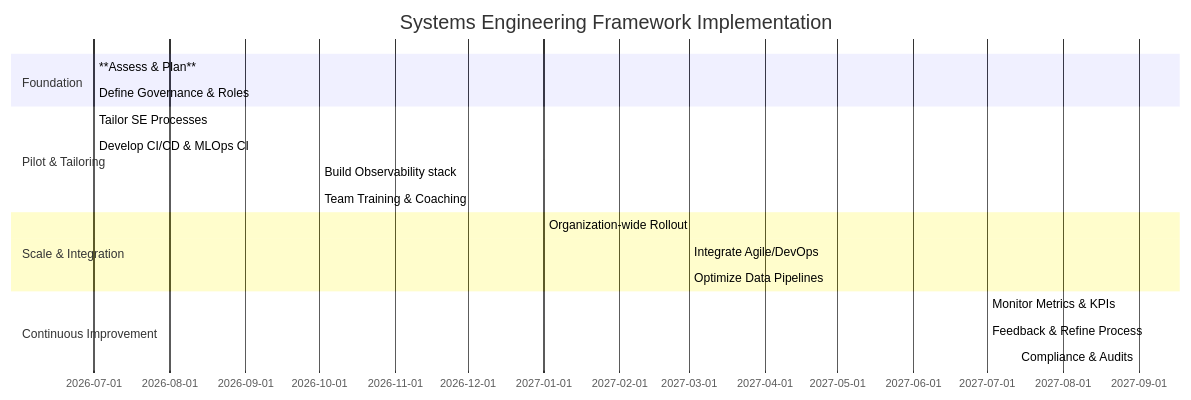
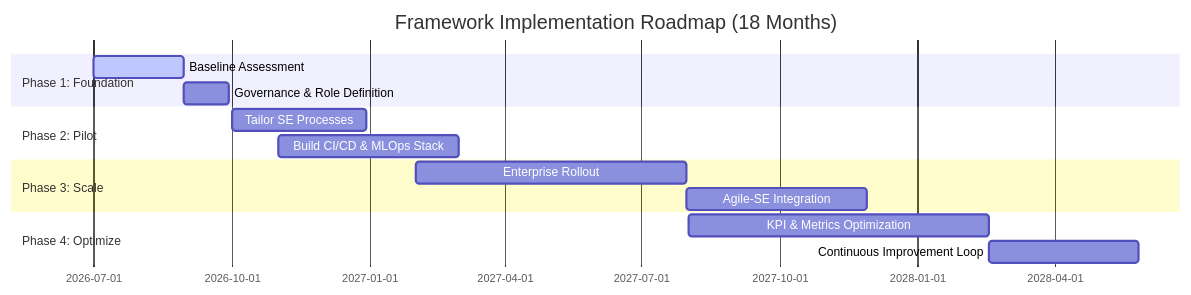
Before and after one commit to Loofy147/meta-framework: the diagram in Executive Summary.md, drawn with Mermaid. The commit also changed other lines of this file and 5 other files, not shown here.

First line of the commit message:
Finalize Strategic Systems Engineering Meta-Framework

````diff
--- a/Executive Summary.md
+++ b/Executive Summary.md
@@ -32,21 +35,17 @@
 ```mermaid
 gantt
-    title Systems Engineering Framework Implementation
+    title Framework Implementation Roadmap (18 Months)
     dateFormat  YYYY-MM-DD
-    section Foundation
-      **Assess & Plan**          :done,    a1, 2026-07-01, 2mo
-      Define Governance & Roles :done,    a2, 2026-07-01, 2mo
-    section Pilot & Tailoring
-      Tailor SE Processes       :active,  a3, after a1, 3mo
-      Develop CI/CD & MLOps CI  :         a4, after a2, 4mo
-      Build Observability stack :         a5, 2026-10-01, 2mo
-      Team Training & Coaching  :         a6, 2026-10-01, 3mo
-    section Scale & Integration
-      Organization-wide Rollout :         a7, 2027-01-01, 6mo
-      Integrate Agile/DevOps    :         a8, 2027-03-01, 6mo
-      Optimize Data Pipelines   :         a9, 2027-03-01, 6mo
-    section Continuous Improvement
-      Monitor Metrics & KPIs    :         a10, 2027-07-01, 12mo
-      Feedback & Refine Process :         a11, 2027-07-01, 12mo
-      Compliance & Audits       :         a12, 2027-09-01, 6mo
+    section Phase 1: Foundation
+    Baseline Assessment         :active, p1, 2026-07-01, 60d
+    Governance & Role Definition :p2, after p1, 30d
+    section Phase 2: Pilot
+    Tailor SE Processes         :p3, 2026-10-01, 90d
+    Build CI/CD & MLOps Stack   :p4, 2026-11-01, 120d
+    section Phase 3: Scale
+    Enterprise Rollout          :p5, 2027-02-01, 180d
+    Agile-SE Integration        :p6, after p5, 120d
+    section Phase 4: Optimize
+    KPI & Metrics Optimization  :p7, 2027-08-01, 200d
+    Continuous Improvement Loop :p8, after p7, 100d
 ```
````
